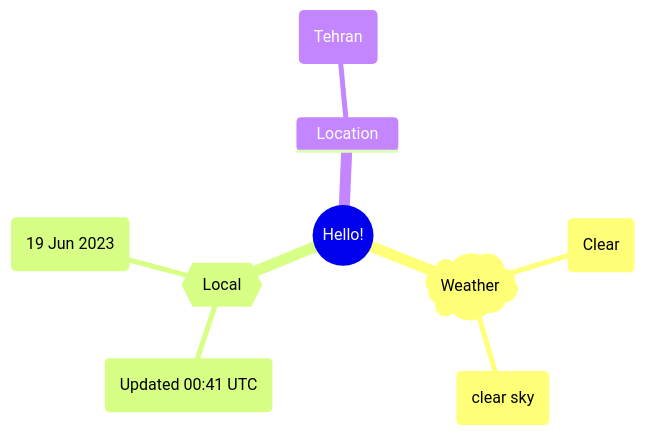
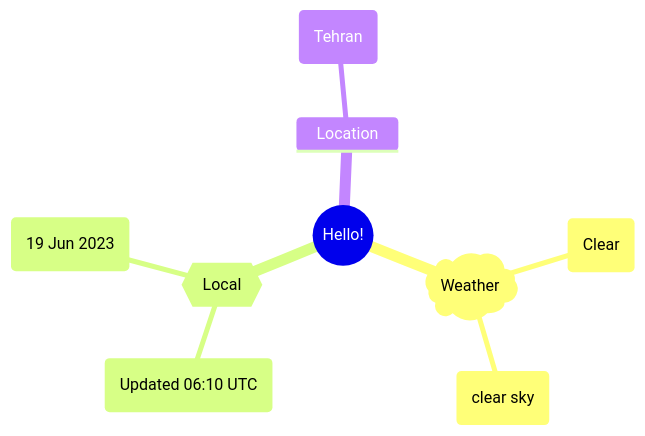
One commit to Xosrov/Xosrov changed the first of 2 diagrams in README.md. Above: the diagram before and after it, drawn with Mermaid.

Commit message:
[bot] updated images

````diff
--- a/README.md
+++ b/README.md
@@ -3,12 +3,12 @@
 ```mermaid
 mindmap
   root((Hello!))
     )Weather(
         (Clear)
         (clear sky)
     {{Local}}
-        (Updated 00:41 UTC)
+        (Updated 06:10 UTC)
         (19 Jun 2023)
     Location
         (Tehran)
 ```
````
